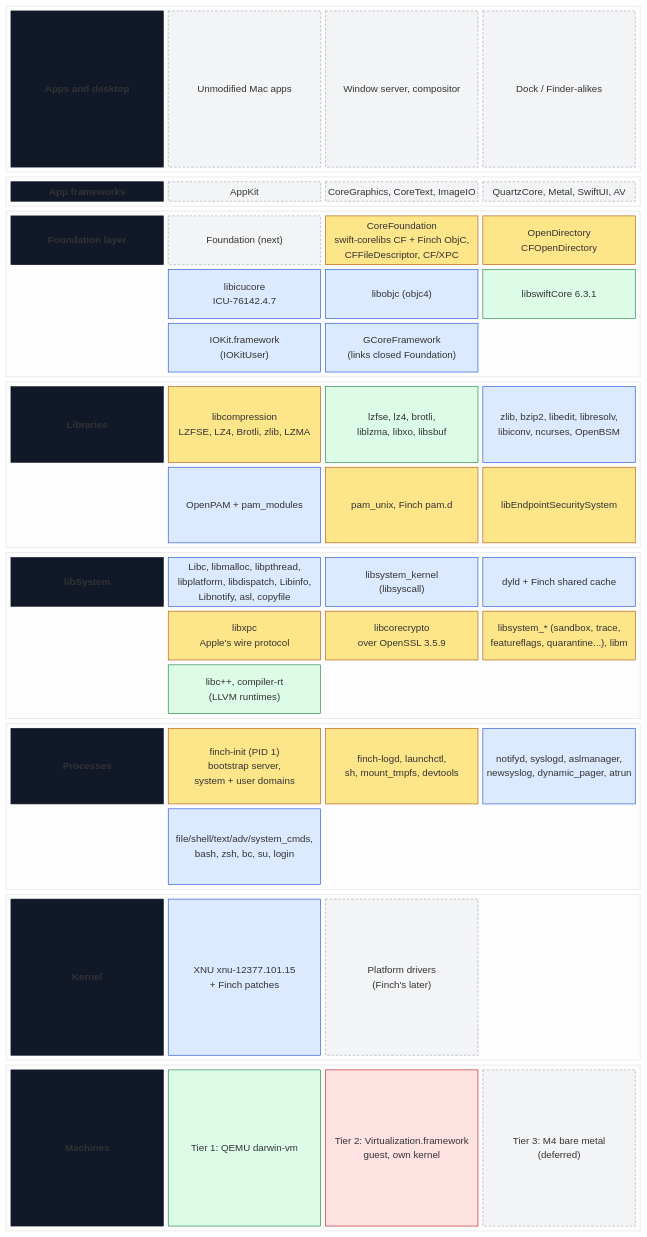
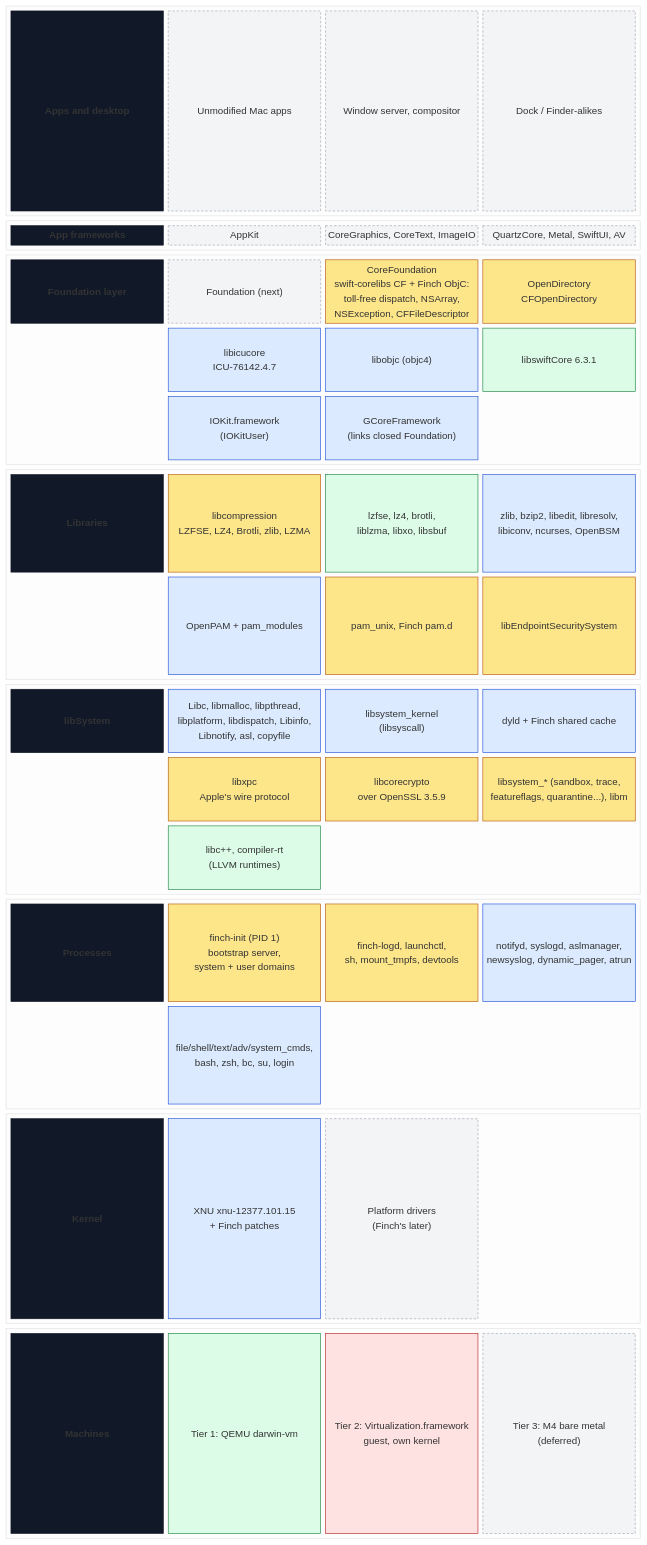
The first of 2 diagrams in docs/STACK.md (calebtrueman/finch), drawn with Mermaid (neutral theme) before and after one commit. The commit also changed other lines of this file and 12 other files, not shown here.

First line of the commit message:
CoreFoundation: Objective-C dispatch; NSException and NSArray hosted in CF

```diff
--- a/docs/STACK.md
+++ b/docs/STACK.md
@@ -30,7 +31,7 @@
         columns 4
         t5["Foundation layer"]
         foundation["Foundation (next)"]
-        cf["CoreFoundation<br/>swift-corelibs CF + Finch ObjC,<br/>CFFileDescriptor, CF/XPC"]
+        cf["CoreFoundation<br/>swift-corelibs CF + Finch ObjC:<br/>toll-free dispatch, NSArray,<br/>NSException, CFFileDescriptor"]
         od["OpenDirectory<br/>CFOpenDirectory"]
         space5[" "]
         icu["libicucore<br/>ICU-76142.4.7"]
```
